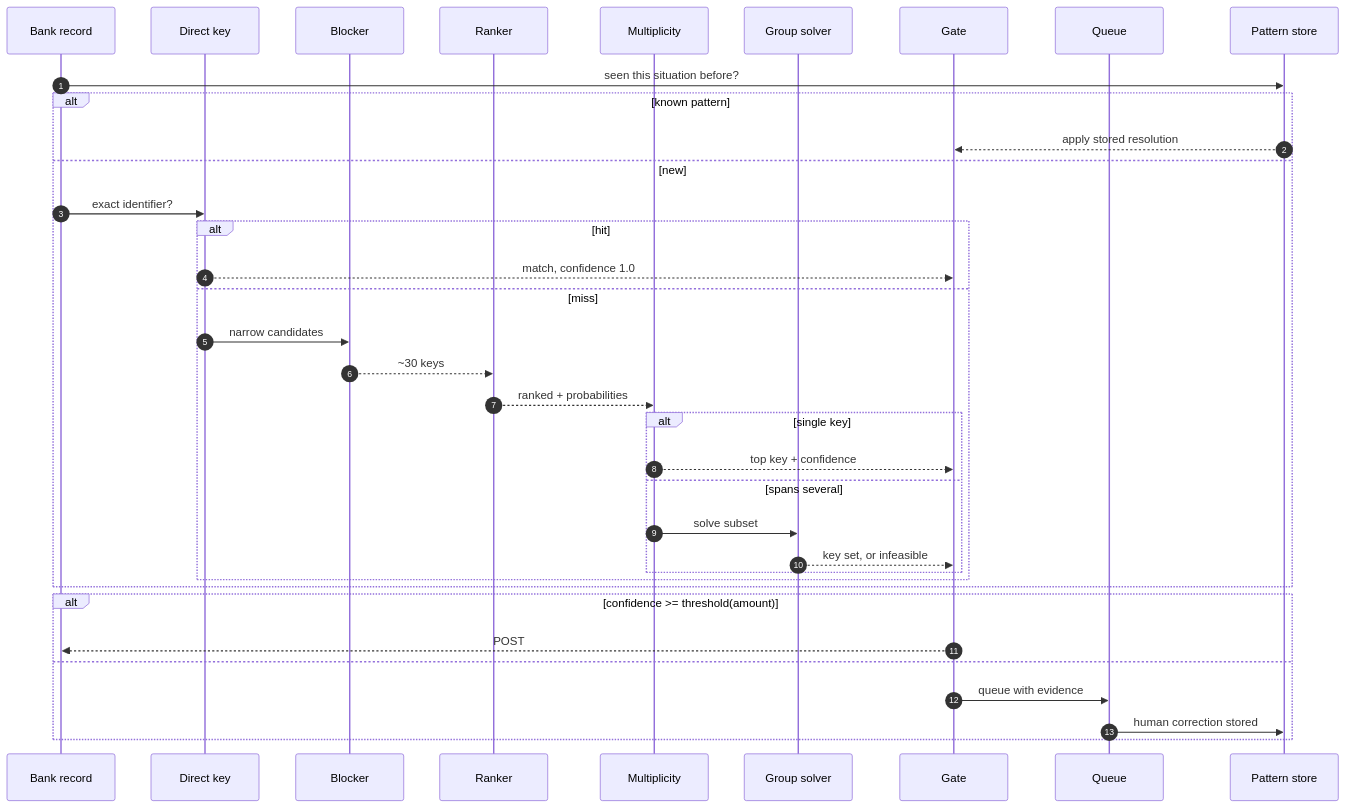
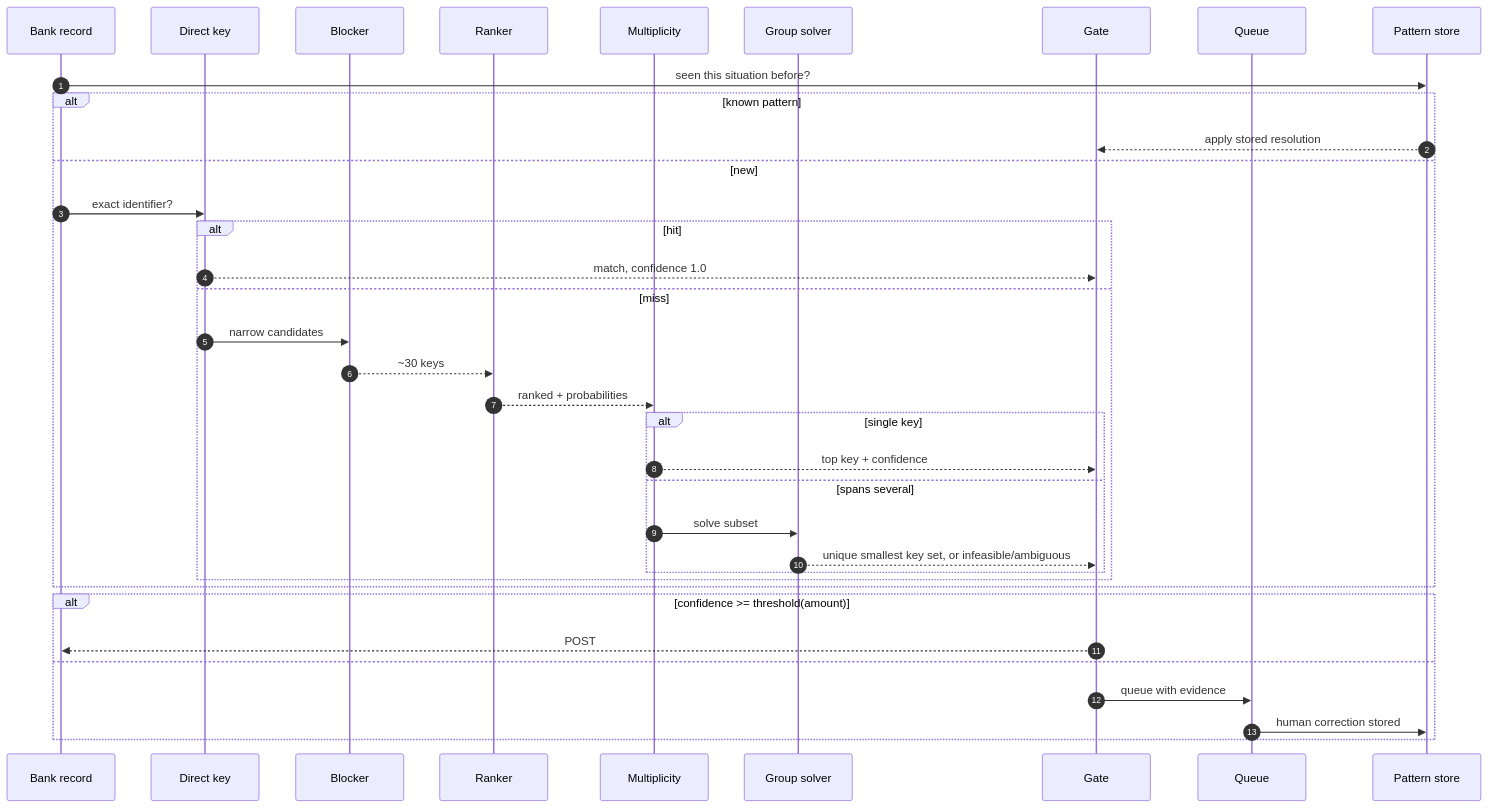
Before and after one commit to yug105/allocation-agent: the third of 6 diagrams in docs/DESIGN.md, drawn with Mermaid. The commit also changed other lines of this file, not shown here.

````diff
--- a/docs/DESIGN.md
+++ b/docs/DESIGN.md
@@ -148,39 +148,39 @@
 ```mermaid
 sequenceDiagram
     autonumber
     participant R as Bank record
     participant DK as Direct key
     participant BL as Blocker
     participant RK as Ranker
     participant MD as Multiplicity
     participant GS as Group solver
     participant GT as Gate
     participant Q as Queue
     participant PS as Pattern store
 
     R->>PS: seen this situation before?
     alt known pattern
         PS-->>GT: apply stored resolution
     else new
         R->>DK: exact identifier?
         alt hit
             DK-->>GT: match, confidence 1.0
         else miss
             DK->>BL: narrow candidates
             BL-->>RK: ~30 keys
             RK-->>MD: ranked + probabilities
             alt single key
                 MD-->>GT: top key + confidence
             else spans several
                 MD->>GS: solve subset
-                GS-->>GT: key set, or infeasible
+                GS-->>GT: unique smallest key set, or infeasible/ambiguous
             end
         end
     end
     alt confidence >= threshold(amount)
         GT-->>R: POST
     else
         GT->>Q: queue with evidence
         Q->>PS: human correction stored
     end
 ```
````
